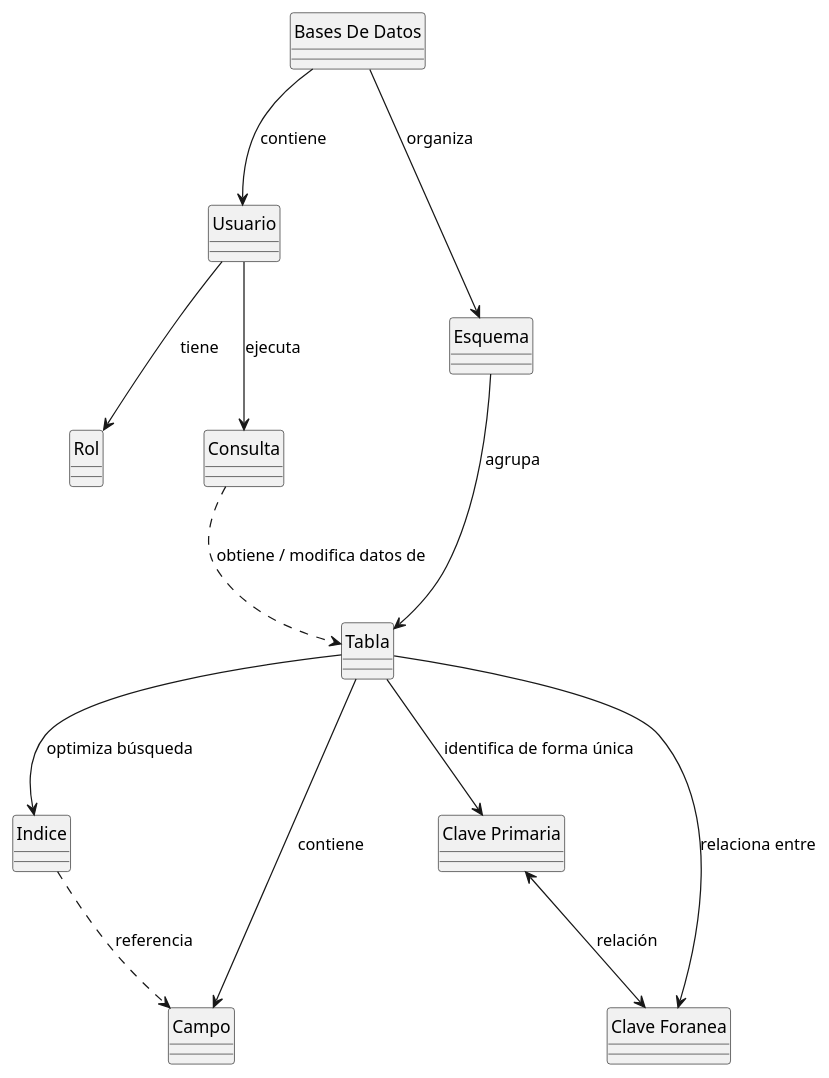
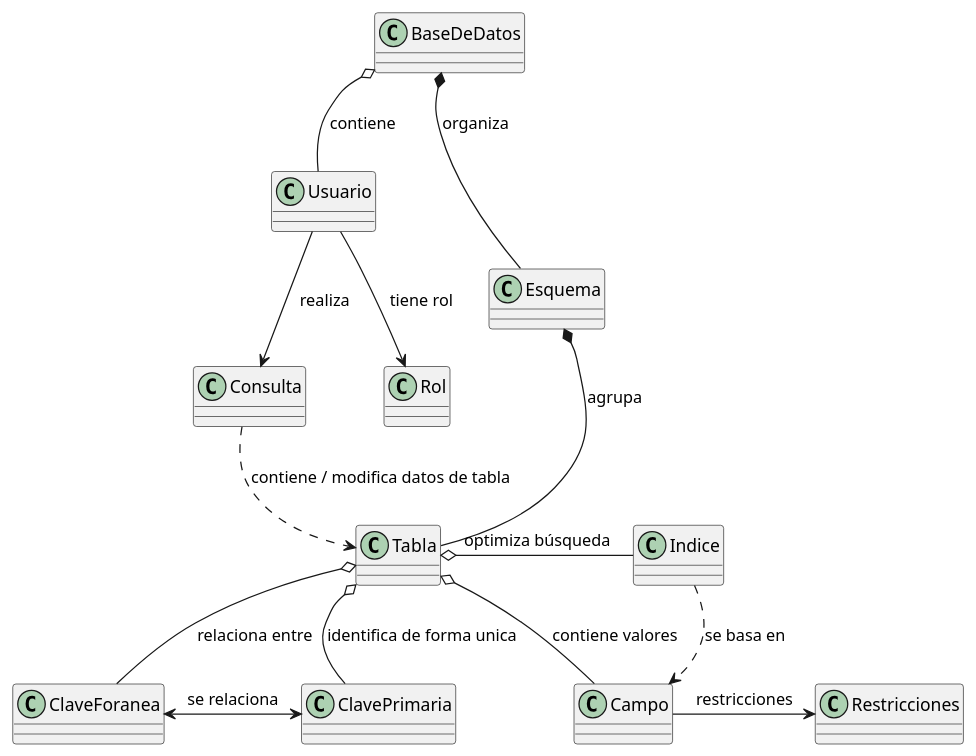
The diagram in entregas/vaqueroInigo/EP-3raParte/ModeloBDD.puml (mmasias/25-26-IDSW1), drawn with PlantUML before and after one commit. The commit also changed 1 other file, not shown here.

```diff
--- a/entregas/vaqueroInigo/EP-3raParte/ModeloBDD.puml
+++ b/entregas/vaqueroInigo/EP-3raParte/ModeloBDD.puml
@@ -1,39 +1,66 @@
 @startuml
-' ModeloBDD
-skinparam classAttributeIconSize 0
-skinparam handwritten false
-hide circle
-skinparam nodesep 80
-skinparam ranksep 90
+top to bottom direction
 
-' Clases
-class "Bases De Datos" as BD
-class Usuario
-class Rol
-class Esquema
-class Consulta
-class Tabla 
-class Indice
-class Campo
-class "Clave Primaria" as PK
-class "Clave Foranea" as FK
+class Usuario {
+}
 
-' Relaciones
-BD --> Usuario : contiene
-BD --> Esquema : organiza
+class Rol {
+}
 
-Usuario --> Rol : tiene
-Usuario --> Consulta : ejecuta
-Consulta ..> Tabla : obtiene / modifica datos de
+class Consulta {
+}
 
-Esquema --> Tabla : agrupa
-Tabla --> Campo : contiene
-Tabla --> Indice : optimiza búsqueda
-Indice ..> Campo : referencia
+class BaseDeDatos {
+}
 
-' Claves (misma altura y relacionadas)
-Tabla --> PK : identifica de forma única
-Tabla --> FK : relaciona entre
-PK <--> FK : relación
+class Esquema {
+}
+
+class Tabla {
+}
+
+class Campo {
+}
+
+class Indice {
+}
+
+class ClavePrimaria {
+}
+
+class ClaveForanea {
+}
+
+class Restricciones {
+}
+
+Usuario -[hidden]down- Consulta
+Consulta -[hidden]down- Tabla
+BaseDeDatos -[hidden]down- Esquema
+Esquema -[hidden]down- Tabla
+Indice -[hidden]left- Tabla
+Campo -[hidden]left- Restricciones
+ClavePrimaria -[hidden]left- ClaveForanea
+
+BaseDeDatos o-- Usuario : contiene
+Usuario --> Rol : tiene rol
+
+Usuario --> Consulta : realiza
+
+BaseDeDatos *-- Esquema : organiza
+Esquema *-- Tabla : agrupa
+
+Tabla o-- Indice : optimiza búsqueda
+Tabla o-- Campo : contiene valores
+Campo --> Restricciones : restricciones
+
+Consulta ..> Tabla : contiene / modifica datos de tabla
+
+Tabla o-- ClavePrimaria : identifica de forma unica
+Tabla o-- ClaveForanea : relaciona entre
+
+ClavePrimaria <--> ClaveForanea : se relaciona
+
+Indice ..> Campo : se basa en
 
 @enduml
```
